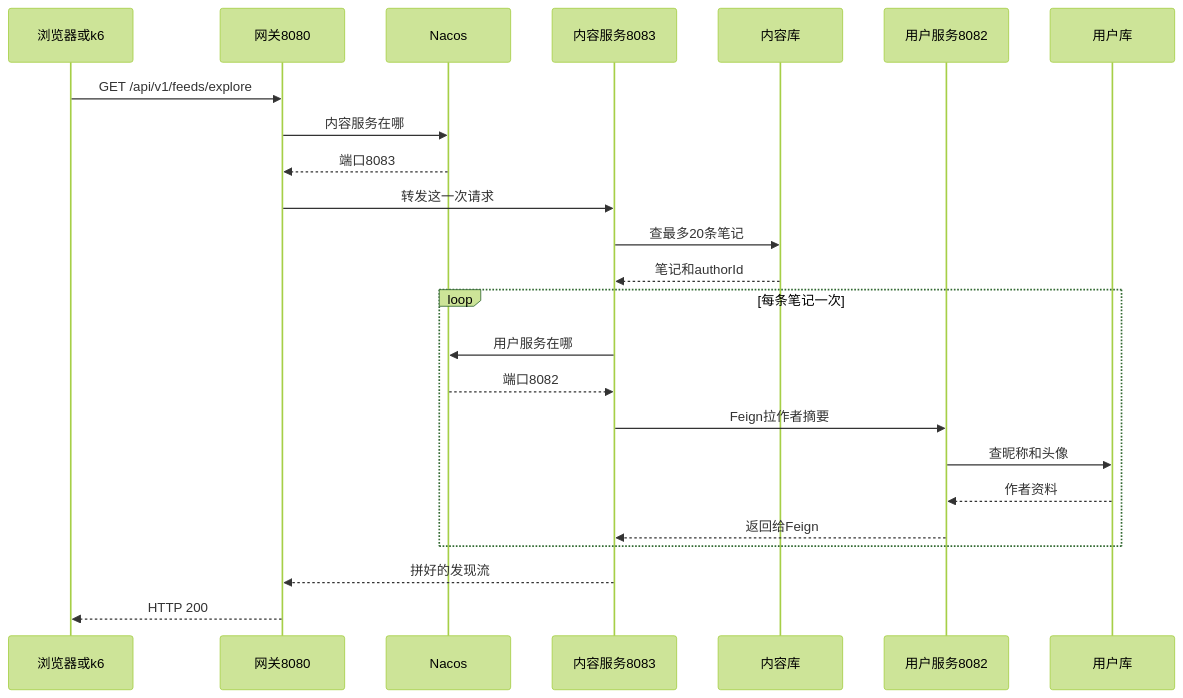
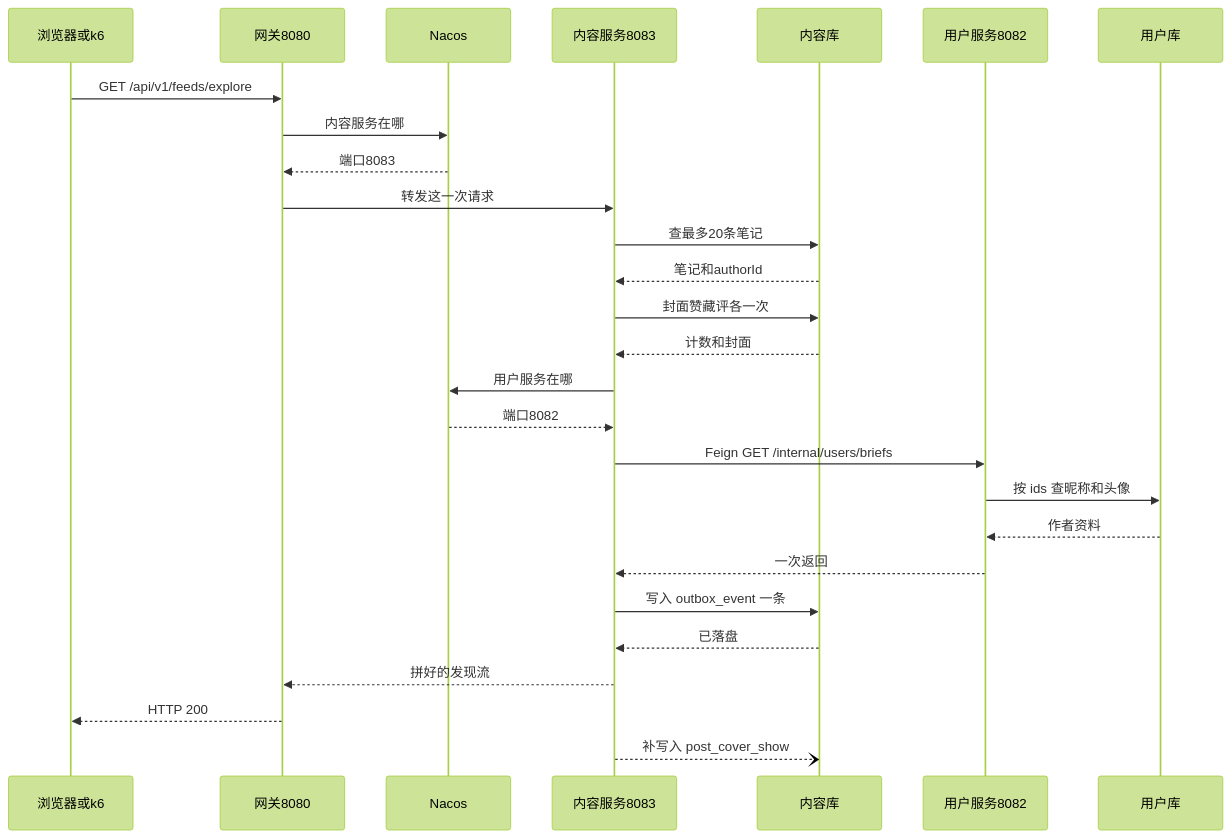
Diagram 16 of 16 in agi-work-space/src/content/engineering/tech/diagrams.md (Yangleduo00337788/OnePage), drawn with Mermaid (forest theme) before and after one commit. The commit also changed other lines of this file and 15 other files, not shown here.

````diff
--- a/agi-work-space/src/content/engineering/tech/diagrams.md
+++ b/agi-work-space/src/content/engineering/tech/diagrams.md
@@ -413,27 +416,30 @@
 ```mermaid
 sequenceDiagram
   participant FE as 浏览器或k6
   participant GW as 网关8080
   participant NC as Nacos
   participant CT as 内容服务8083
   participant CDB as 内容库
   participant US as 用户服务8082
   participant UDB as 用户库
 
   FE->>GW: GET /api/v1/feeds/explore
   GW->>NC: 内容服务在哪
   NC-->>GW: 端口8083
   GW->>CT: 转发这一次请求
   CT->>CDB: 查最多20条笔记
   CDB-->>CT: 笔记和authorId
-  loop 每条笔记一次
-    CT->>NC: 用户服务在哪
-    NC-->>CT: 端口8082
-    CT->>US: Feign拉作者摘要
-    US->>UDB: 查昵称和头像
-    UDB-->>US: 作者资料
-    US-->>CT: 返回给Feign
-  end
+  CT->>CDB: 封面赞藏评各一次
+  CDB-->>CT: 计数和封面
+  CT->>NC: 用户服务在哪
+  NC-->>CT: 端口8082
+  CT->>US: Feign GET /internal/users/briefs
+  US->>UDB: 按 ids 查昵称和头像
+  UDB-->>US: 作者资料
+  US-->>CT: 一次返回
+  CT->>CDB: 写入 outbox_event 一条
+  CDB-->>CT: 已落盘
   CT-->>GW: 拼好的发现流
   GW-->>FE: HTTP 200
+  CT--)CDB: 补写入 post_cover_show
 ```
````
